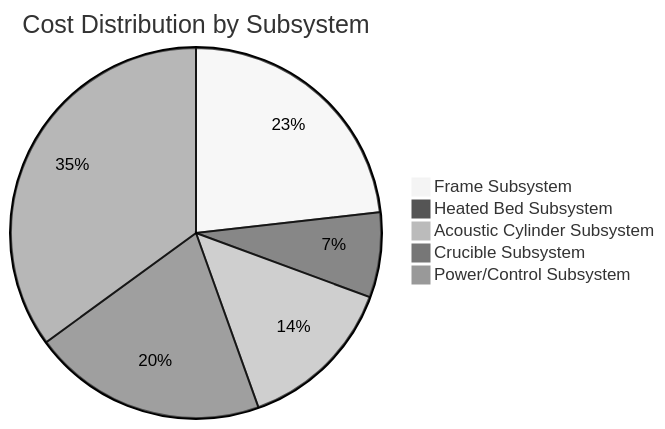
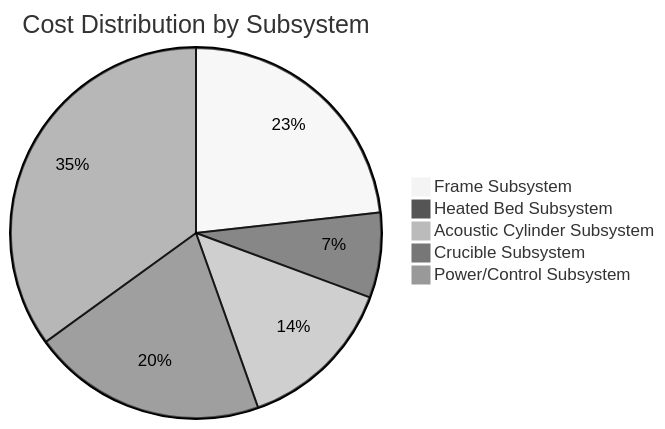
Before and after one commit to jnarwell/drip: the first of 2 diagrams in docs/dashboard.md, drawn with Mermaid (neutral theme). The commit also changed other lines of this file and 8 other files, not shown here.

````diff
--- a/docs/dashboard.md
+++ b/docs/dashboard.md
@@ -48,8 +48,8 @@
 ```mermaid
 pie title Cost Distribution by Subsystem
     "Frame Subsystem" : 4240
     "Heated Bed Subsystem" : 1356
     "Acoustic Cylinder Subsystem" : 2540
     "Crucible Subsystem" : 3735
-    "Power/Control Subsystem" : 6400
+    "Power/Control Subsystem" : 6387
 ```
````
